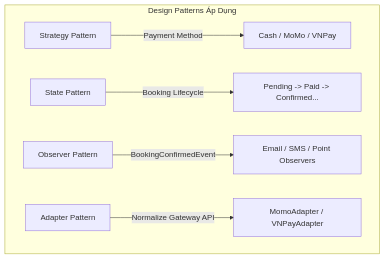
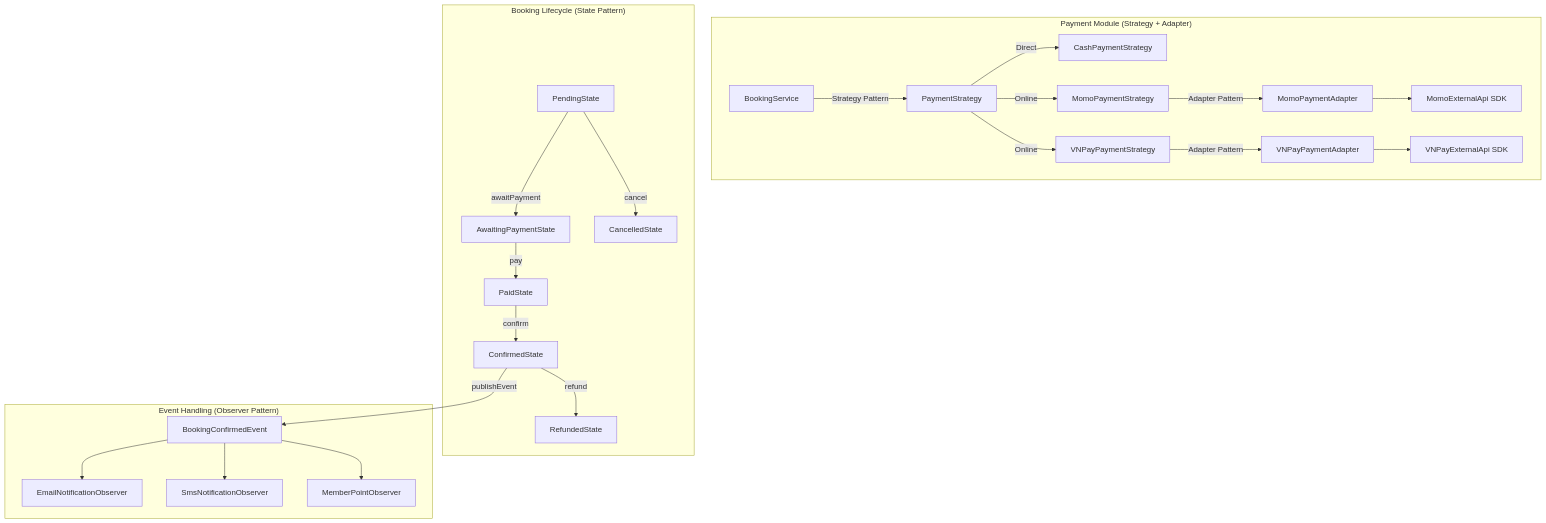
Before and after one commit to linhdontcare/CDKTPM_DesignPattern_CinemaManagement: the diagram in README.md, drawn with Mermaid. The commit also changed other lines of this file and 109 other files, not shown here.

````diff
--- a/README.md
+++ b/README.md
@@ -81,9 +84,28 @@
 ```mermaid
 graph TD
-    subgraph Patterns["Design Patterns Áp Dụng"]
-        S[Strategy Pattern] -->|Payment Method| P[Cash / MoMo / VNPay]
-        ST[State Pattern] -->|Booking Lifecycle| B[Pending -> Paid -> Confirmed...]
-        O[Observer Pattern] -->|BookingConfirmedEvent| E[Email / SMS / Point Observers]
-        A[Adapter Pattern] -->|Normalize Gateway API| G[MomoAdapter / VNPayAdapter]
+    subgraph Payment_Module["Payment Module (Strategy + Adapter)"]
+        BS[BookingService] -->|Strategy Pattern| PS[PaymentStrategy]
+        PS -->|Direct| Cash[CashPaymentStrategy]
+        PS -->|Online| MoMoStrat[MomoPaymentStrategy]
+        PS -->|Online| VNPayStrat[VNPayPaymentStrategy]
+        MoMoStrat -->|Adapter Pattern| MoMoAdapt[MomoPaymentAdapter]
+        VNPayStrat -->|Adapter Pattern| VNPayAdapt[VNPayPaymentAdapter]
+        MoMoAdapt --> MoMoSDK[MomoExternalApi SDK]
+        VNPayAdapt --> VNPaySDK[VNPayExternalApi SDK]
+    end
+
+    subgraph State_Module["Booking Lifecycle (State Pattern)"]
+        Pending[PendingState] -->|awaitPayment| Awaiting[AwaitingPaymentState]
+        Awaiting -->|pay| Paid[PaidState]
+        Paid -->|confirm| Confirmed[ConfirmedState]
+        Pending -->|cancel| Cancelled[CancelledState]
+        Confirmed -->|refund| Refunded[RefundedState]
+    end
+
+    subgraph Observer_Module["Event Handling (Observer Pattern)"]
+        Confirmed -->|publishEvent| Event[BookingConfirmedEvent]
+        Event --> Email[EmailNotificationObserver]
+        Event --> SMS[SmsNotificationObserver]
+        Event --> Point[MemberPointObserver]
     end
 ```
````
